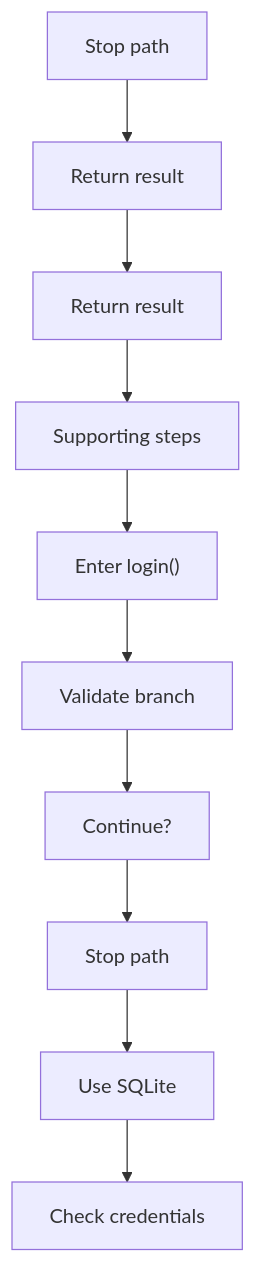
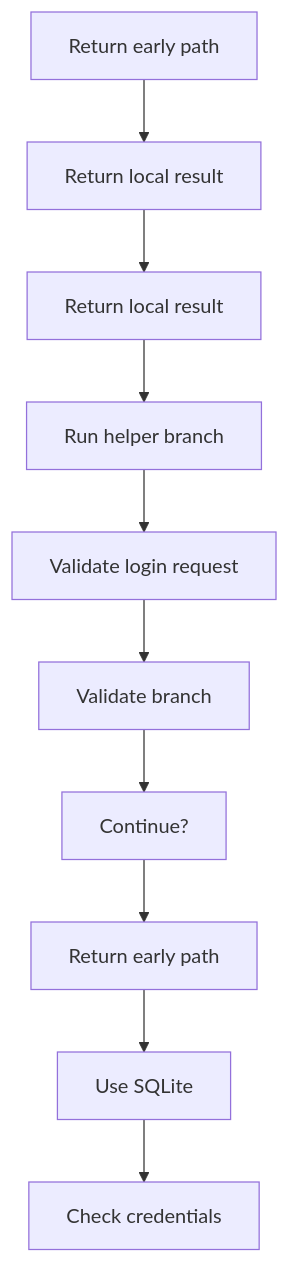
The second of 7 diagrams in docs/Codebase/Backend/src/controllers/authController.js.md (JohnAndrewBalbarosa/NeoTerritory), drawn with Mermaid before and after one commit. The commit also changed other lines of this file and 915 other files, not shown here.

````diff
--- a/docs/Codebase/Backend/src/controllers/authController.js.md
+++ b/docs/Codebase/Backend/src/controllers/authController.js.md
@@ -49,22 +48,22 @@
 ```mermaid
 flowchart TD
-    N0["Stop path"]
-    N1["Return result"]
-    N2["Return result"]
-    N3["Supporting steps"]
-    N4["Enter login()"]
+    N0["Return early path"]
+    N1["Return local result"]
+    N2["Return local result"]
+    N3["Run helper branch"]
+    N4["Validate login request"]
     N5["Validate branch"]
     N6["Continue?"]
-    N7["Stop path"]
+    N7["Return early path"]
     N8["Use SQLite"]
     N9["Check credentials"]
     N0 --> N1
     N1 --> N2
     N2 --> N3
     N3 --> N4
     N4 --> N5
     N5 --> N6
     N6 --> N7
     N7 --> N8
     N8 --> N9
 ```
````
